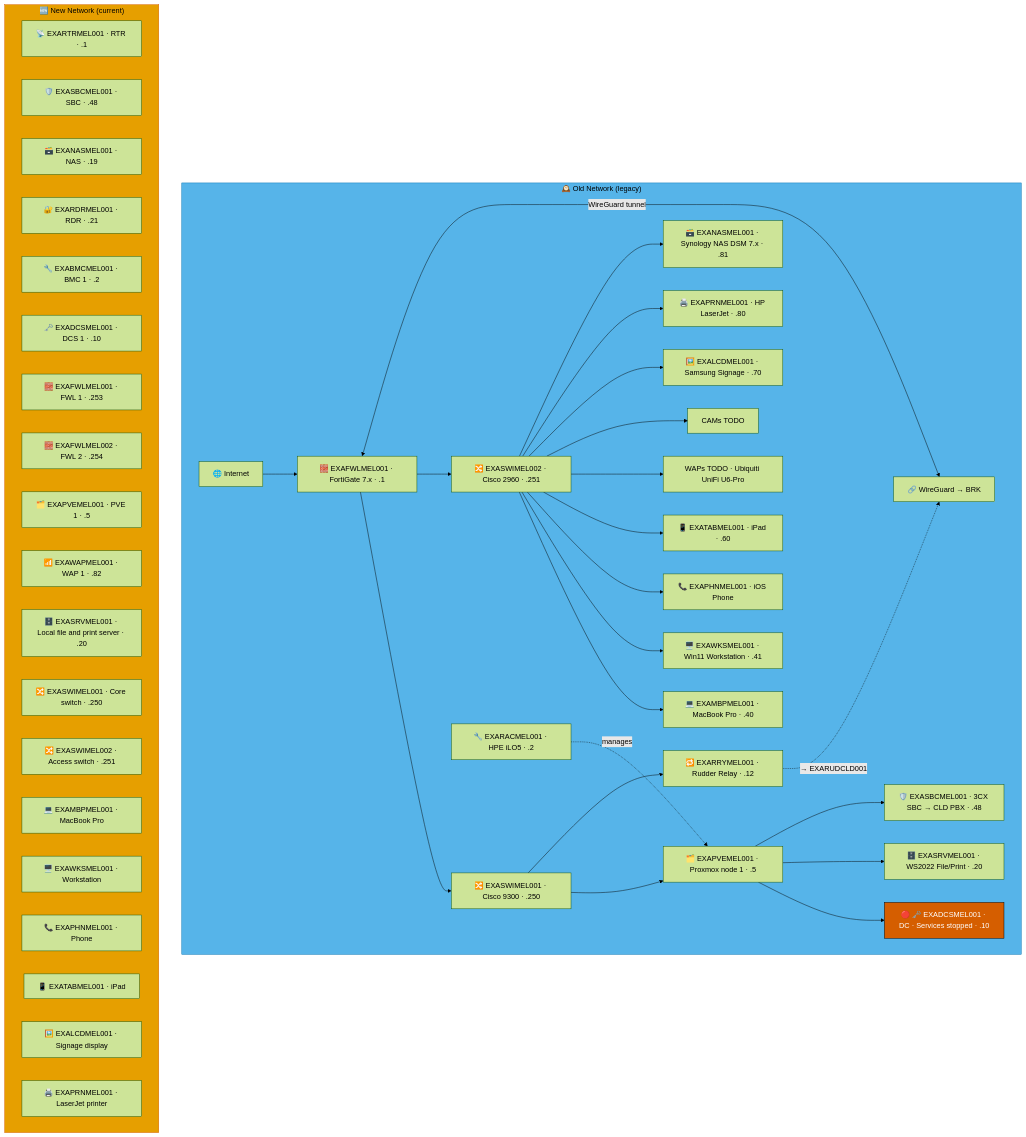
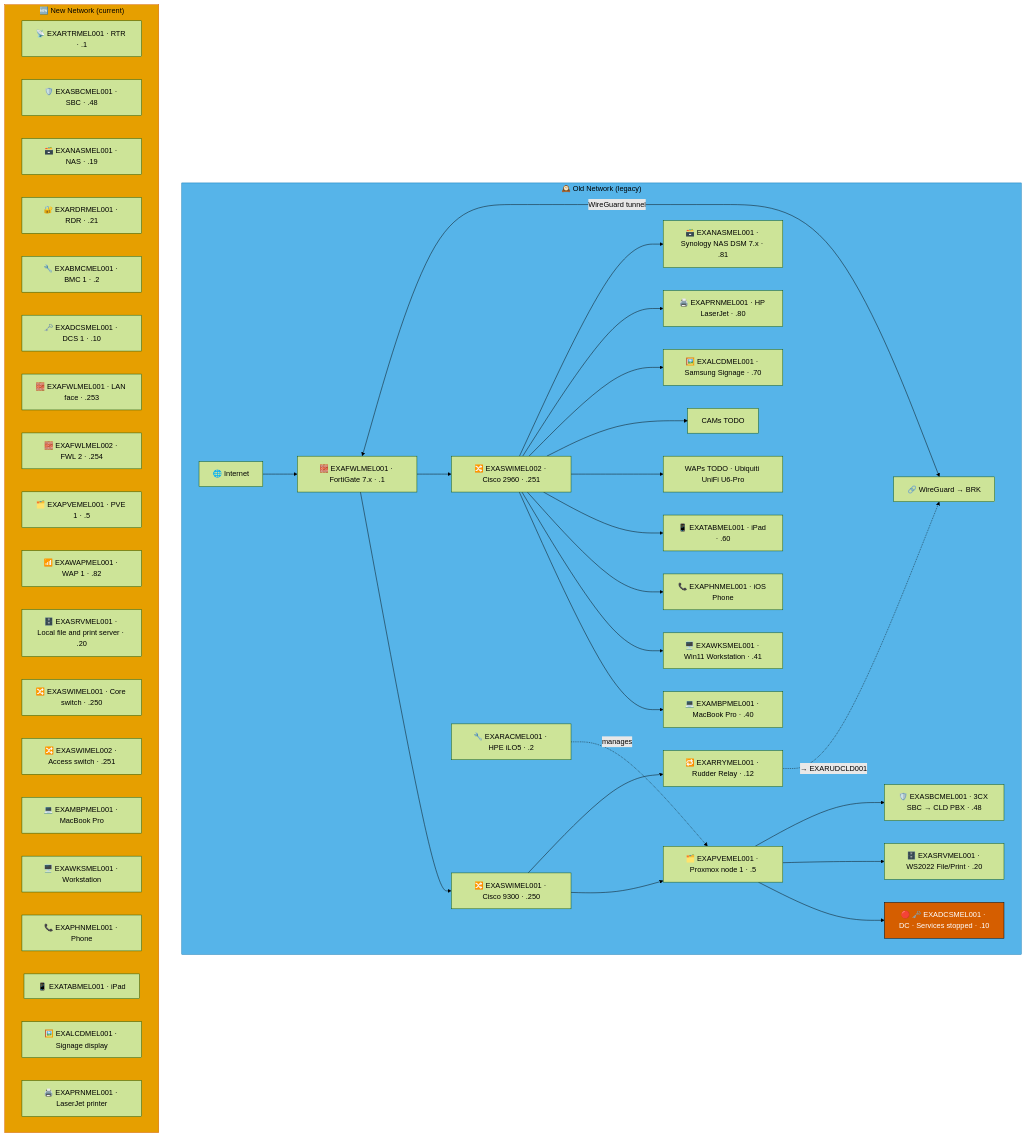
The second of 2 diagrams in docs/network-diagram/australia.md (knightmare2600/example_music_infra), drawn with Mermaid (forest theme) before and after one commit. The commit also changed other lines of this file and 17 other files, not shown here.

````diff
--- a/docs/network-diagram/australia.md
+++ b/docs/network-diagram/australia.md
@@ -93,62 +93,62 @@
 ```mermaid
 graph TD
     subgraph OLD_MEL ["🕰️ Old Network (legacy)"]
       INET["🌐 Internet"]
       FWL["🧱 EXAFWLMEL001 · FortiGate 7.x · .1"]
       SW1["🔀 EXASWIMEL001 · Cisco 9300 · .250"]
       SW2["🔀 EXASWIMEL002 · Cisco 2960 · .251"]
       RAC["🔧 EXARACMEL001 · HPE iLO5 · .2"]
       PVE["🗂️ EXAPVEMEL001 · Proxmox node 1 · .5"]
       DC["🔴 🗝️ EXADCSMEL001 · DC · Services stopped · .10"]
       SRV["🗄️ EXASRVMEL001 · WS2022 File/Print · .20"]
       SBC["🛡️ EXASBCMEL001 · 3CX SBC → CLD PBX · .48"]
       RRY["🔁 EXARRYMEL001 · Rudder Relay · .12"]
       MBP["💻 EXAMBPMEL001 · MacBook Pro · .40"]
       WKS["🖥️ EXAWKSMEL001 · Win11 Workstation · .41"]
       PHN["📞 EXAPHNMEL001 · iOS Phone"]
       TAB["📱 EXATABMEL001 · iPad · .60"]
       WAP["WAPs TODO · Ubiquiti UniFi U6-Pro"]
       CAM["CAMs TODO"]
       LCD["🖼️ EXALCDMEL001 · Samsung Signage · .70"]
       PRN["🖨️ EXAPRNMEL001 · HP LaserJet · .80"]
       NAS["🗃️ EXANASMEL001 · Synology NAS DSM 7.x · .81"]
       VPN["🔗 WireGuard → BRK"]
 
       INET --> FWL --> SW1 & SW2
       SW1 --> PVE --> DC & SRV & SBC
       RAC -.->|"manages"| PVE
       SW2 --> MBP & WKS & PHN & TAB & WAP & CAM
       SW2 --> LCD & PRN & NAS
       FWL <-->|"WireGuard tunnel"| VPN
 
       SW1 --> RRY
       RRY -. "→ EXARUDCLD001" .-> VPN
     end
     style OLD_MEL fill:#56B4E9,stroke:#0072B2,color:#000000
     %% GENERATED:NEW-NETWORK:MEL:START
     subgraph NEW_MEL ["🆕 New Network (current)"]
       N_RTR["📡 EXARTRMEL001 · RTR · .1"]
       N_SBC["🛡️ EXASBCMEL001 · SBC · .48"]
       N_NAS["🗃️ EXANASMEL001 · NAS · .19"]
       N_RDR["🔐 EXARDRMEL001 · RDR · .21"]
       N_BMC["🔧 EXABMCMEL001 · BMC 1 · .2"]
       N_DCS["🗝️ EXADCSMEL001 · DCS 1 · .10"]
-      N_FWL["🧱 EXAFWLMEL001 · FWL 1 · .253"]
+      N_FWL["🧱 EXAFWLMEL001 · LAN face · .253"]
       N_FWL2["🧱 EXAFWLMEL002 · FWL 2 · .254"]
       N_PVE["🗂️ EXAPVEMEL001 · PVE 1 · .5"]
       N_WAP["📶 EXAWAPMEL001 · WAP 1 · .82"]
       N_SRV["🗄️ EXASRVMEL001 · Local file and print server · .20"]
       N_SWI["🔀 EXASWIMEL001 · Core switch · .250"]
       N_SWI2["🔀 EXASWIMEL002 · Access switch · .251"]
       N_MBP["💻 EXAMBPMEL001 · MacBook Pro"]
       N_WKS["🖥️ EXAWKSMEL001 · Workstation"]
       N_PHN["📞 EXAPHNMEL001 · Phone"]
       N_TAB["📱 EXATABMEL001 · iPad"]
       N_LCD["🖼️ EXALCDMEL001 · Signage display"]
       N_PRN["🖨️ EXAPRNMEL001 · LaserJet printer"]
     end
     style NEW_MEL fill:#E69F00,stroke:#D55E00,color:#000000
     %% GENERATED:NEW-NETWORK:MEL:END
     classDef warn fill:#D55E00,stroke:#000000,color:#ffffff
     class DC warn
 ```
````
